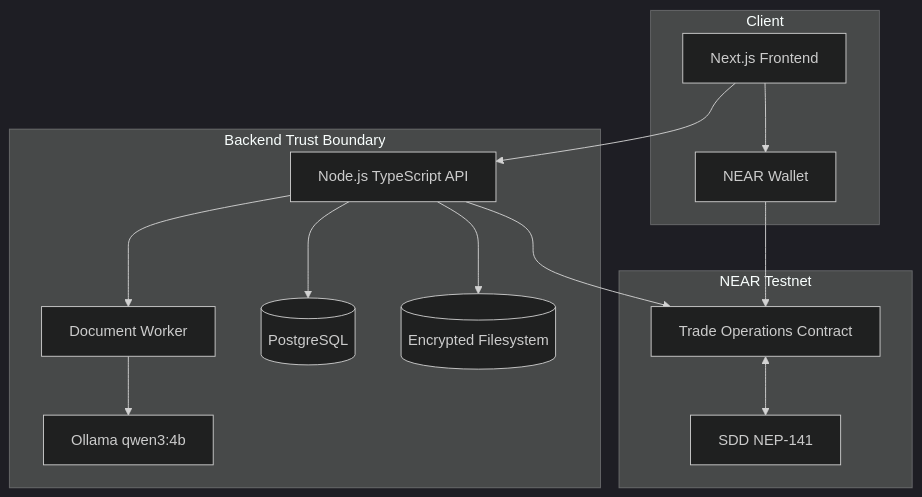
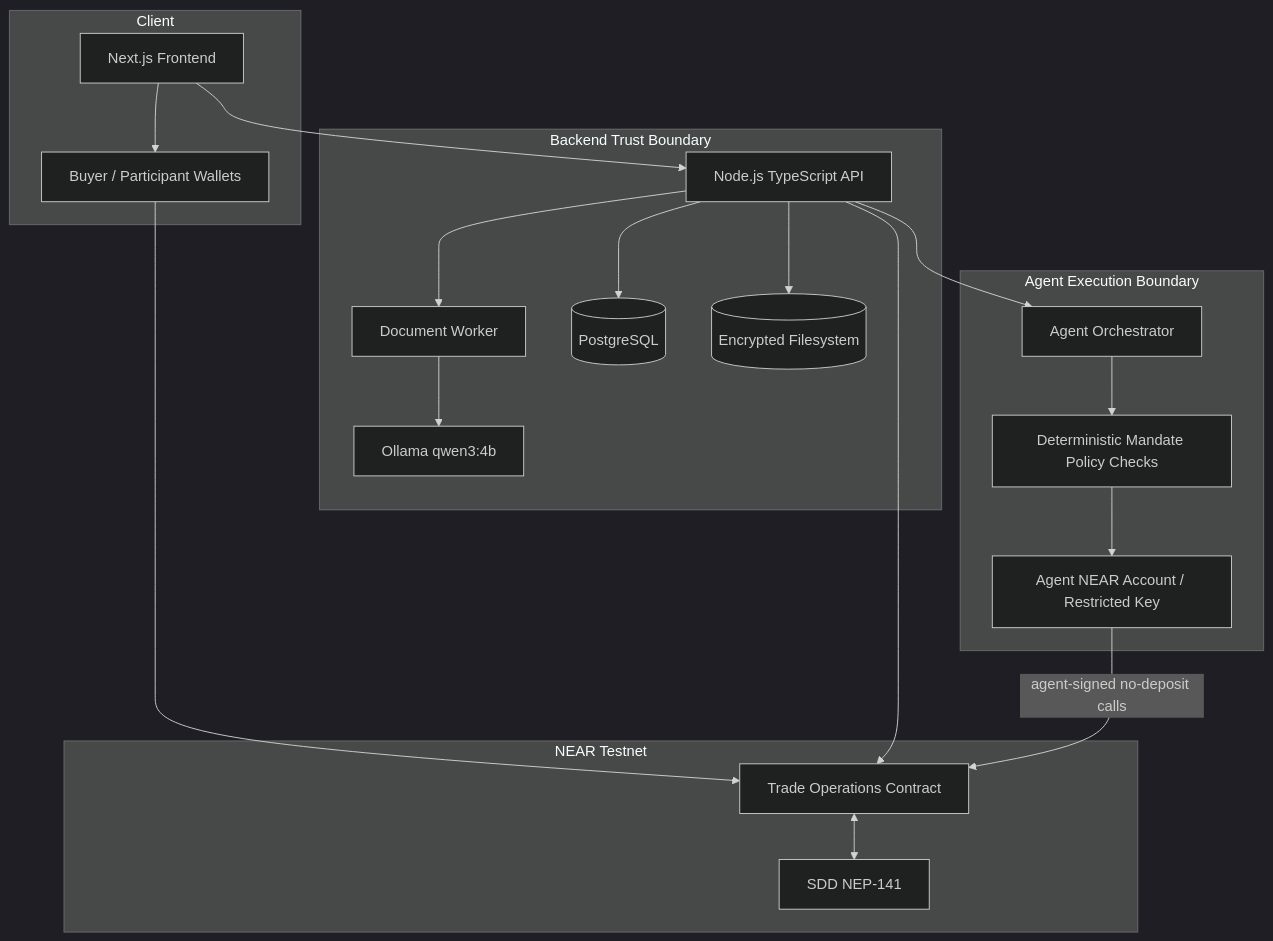
Before and after one commit to Gidy515/Riventa-finance-: the diagram in docs/diagrams/component-architecture.mmd, drawn with Mermaid (dark theme). The commit also changed 24 other files, not shown here.

Commit message:
docs: reconcile architecture and implementation baseline

```diff
--- a/docs/diagrams/component-architecture.mmd
+++ b/docs/diagrams/component-architecture.mmd
@@ -1,23 +1,31 @@
 flowchart TB
  subgraph Client
   WEB[Next.js Frontend]
-  WALLET[NEAR Wallet]
+  WALLET[Buyer / Participant Wallets]
+ end
+ subgraph AgentBoundary[Agent Execution Boundary]
+  AGENT[Agent Orchestrator]
+  AGKEY[Agent NEAR Account / Restricted Key]
+  POLICY[Deterministic Mandate Policy Checks]
+  AGENT --> POLICY --> AGKEY
  end
  subgraph Chain[NEAR Testnet]
   CONTRACT[Trade Operations Contract]
   TOKEN[SDD NEP-141]
  end
  subgraph Services[Backend Trust Boundary]
   API[Node.js TypeScript API]
   WORKER[Document Worker]
   DB[(PostgreSQL)]
   STORE[(Encrypted Filesystem)]
   OLLAMA[Ollama qwen3:4b]
  end
  WEB --> WALLET --> CONTRACT
  WEB --> API
  API --> CONTRACT
  API --> DB
  API --> STORE
  API --> WORKER --> OLLAMA
+ API --> AGENT
+ AGKEY -->|agent-signed no-deposit calls| CONTRACT
  CONTRACT <--> TOKEN
```
